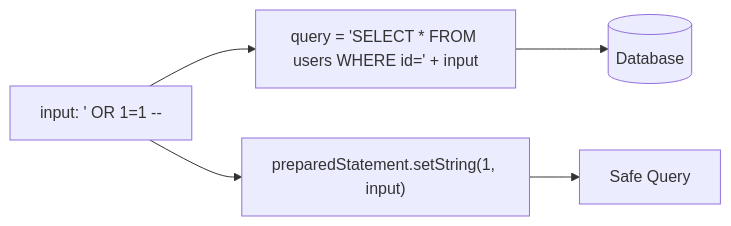
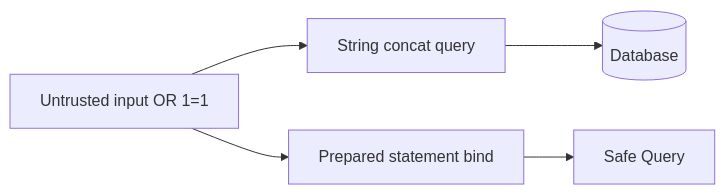
Before and after one commit to hareramcse/SystemDesign: diagram 19 of 25 in 10-security/README.md, drawn with Mermaid. The commit also changed other lines of this file and 14 other files, not shown here.

````diff
--- a/10-security/README.md
+++ b/10-security/README.md
@@ -1153,7 +1153,7 @@
 ```mermaid
 flowchart LR
-    Input["input: ' OR 1=1 --"] --> Bad["query = 'SELECT * FROM users WHERE id=' + input"]
+    Input[Untrusted input OR 1=1] --> Bad[String concat query]
     Bad --> DB[(Database)]
-    Input --> Good["preparedStatement.setString(1, input)"]
+    Input --> Good[Prepared statement bind]
     Good --> Safe[Safe Query]
 ```
````
